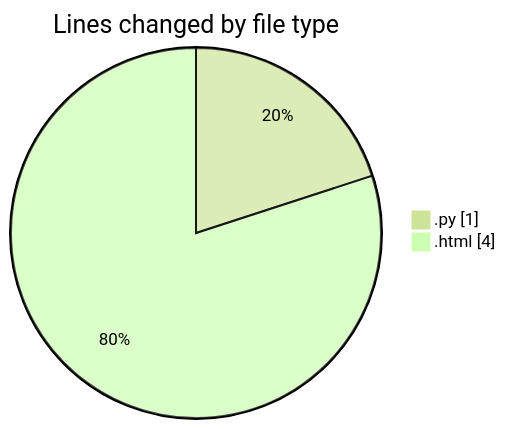
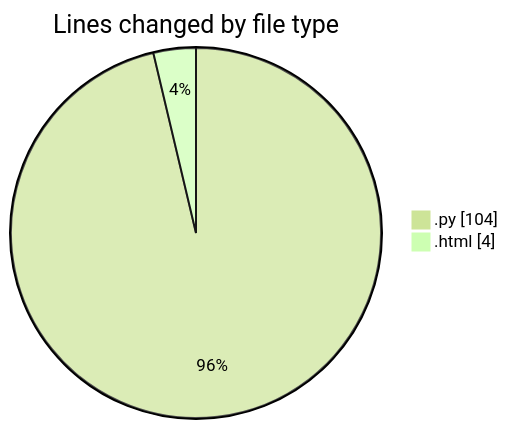
One commit to Elitesun/code-tracking changed the first of 2 diagrams in 2025-01-31/flask/README.md. Above: the diagram before and after it, drawn with Mermaid (forest theme). The commit also changed other lines of this file and 1 other file, not shown here.

````diff
--- a/2025-01-31/flask/README.md
+++ b/2025-01-31/flask/README.md
@@ -24,6 +24,6 @@
 ```mermaid
 pie showData
 title Lines changed by file type
-".py" : 1
+".py" : 104
 ".html" : 4
 ```
````
